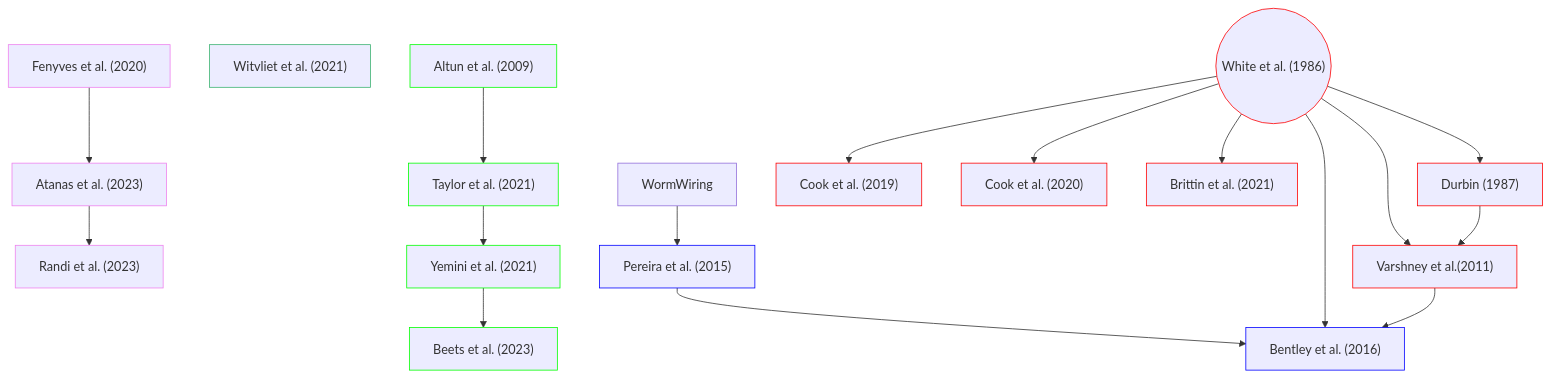
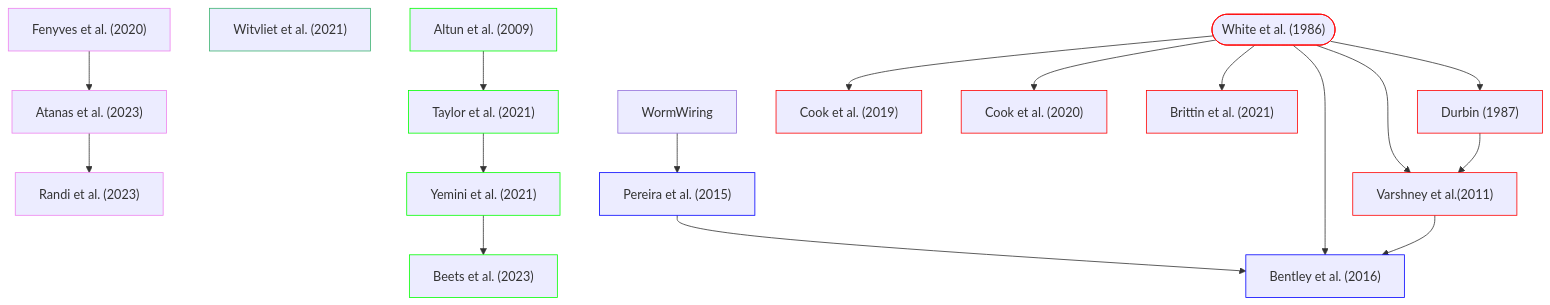
The diagram in README.md (yasinthanvickneswaran/mermaidtest), drawn with Mermaid before and after one commit.

````diff
--- a/README.md
+++ b/README.md
@@ -1,29 +1,29 @@
 ```mermaid
 flowchart TD
     classDef anat stroke:#f00
     classDef gene stroke:#0f0
     classDef es stroke:#00f
     classDef func stroke:#ee82ee
     classDef dev stroke:#3cb371
 
     H["Fenyves et al. (2020)"]:::func --> O["Atanas et al. (2023)"]:::func
     O --> P["Randi et al. (2023)"]:::func    
     K["Witvliet et al. (2021)"]:::dev
     E["Pereira et al. (2015)"]:::es --> F["Bentley et al. (2016)"]:::es
 
     C["Altun et al. (2009)"]:::gene --> L["Taylor et al. (2021)"]:::gene
     L --> M["Yemini et al. (2021)"]:::gene
     M --> N["Beets et al. (2023)"]:::gene
 
-    A(("White et al. (1986)")):::anat --> B["Durbin (1987)"]:::anat
+    A(["White et al. (1986)"]):::anat --> B["Durbin (1987)"]:::anat
     classDef anatomical fill:#f93
     A --> D["Varshney et al.(2011)"]:::anat
     B --> D
     A --> G["Cook et al. (2019)"]:::anat
     A --> I["Cook et al. (2020)"]:::anat
     A --> J["Brittin et al. (2021)"]:::anat
     A --> F
     D --> F
     DB1["WormWiring"] --> E
 
 ```
````
